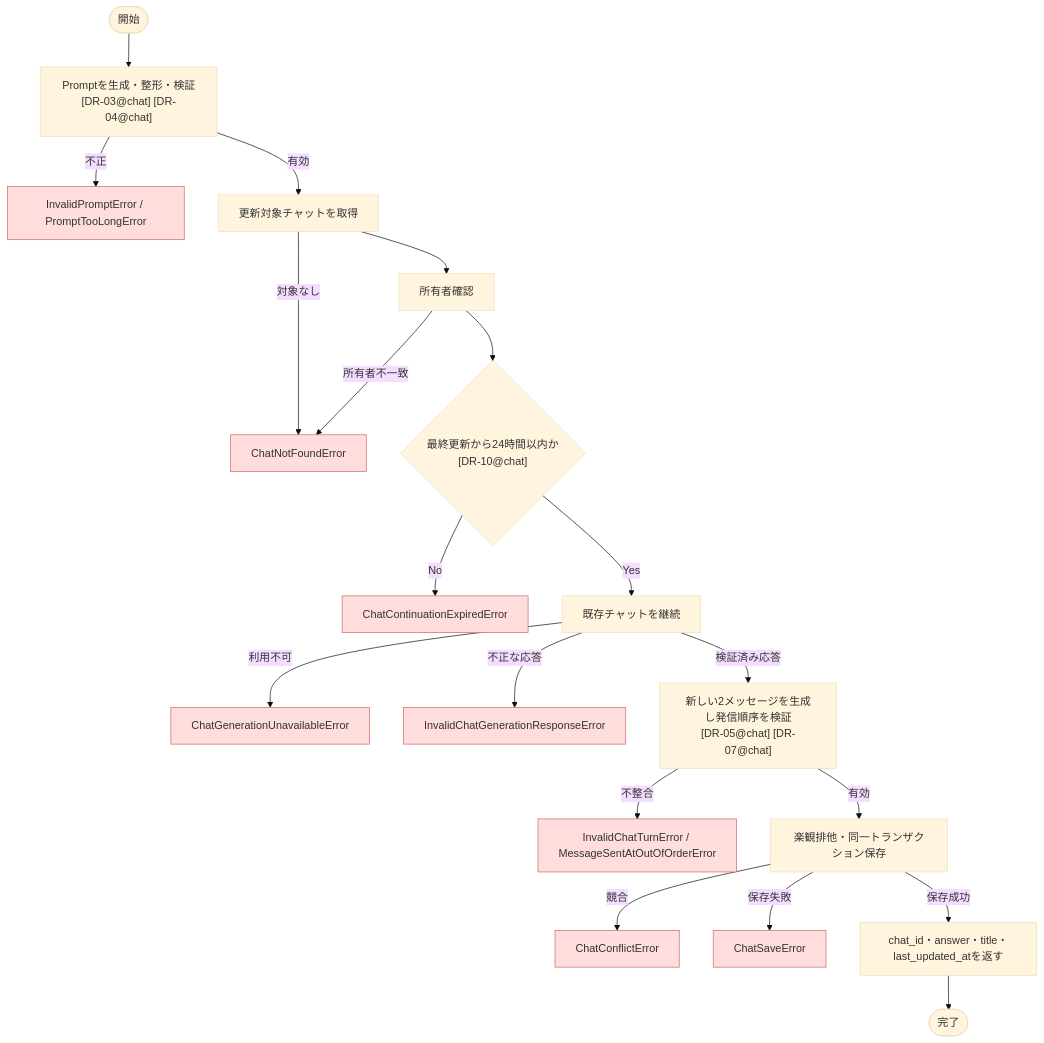
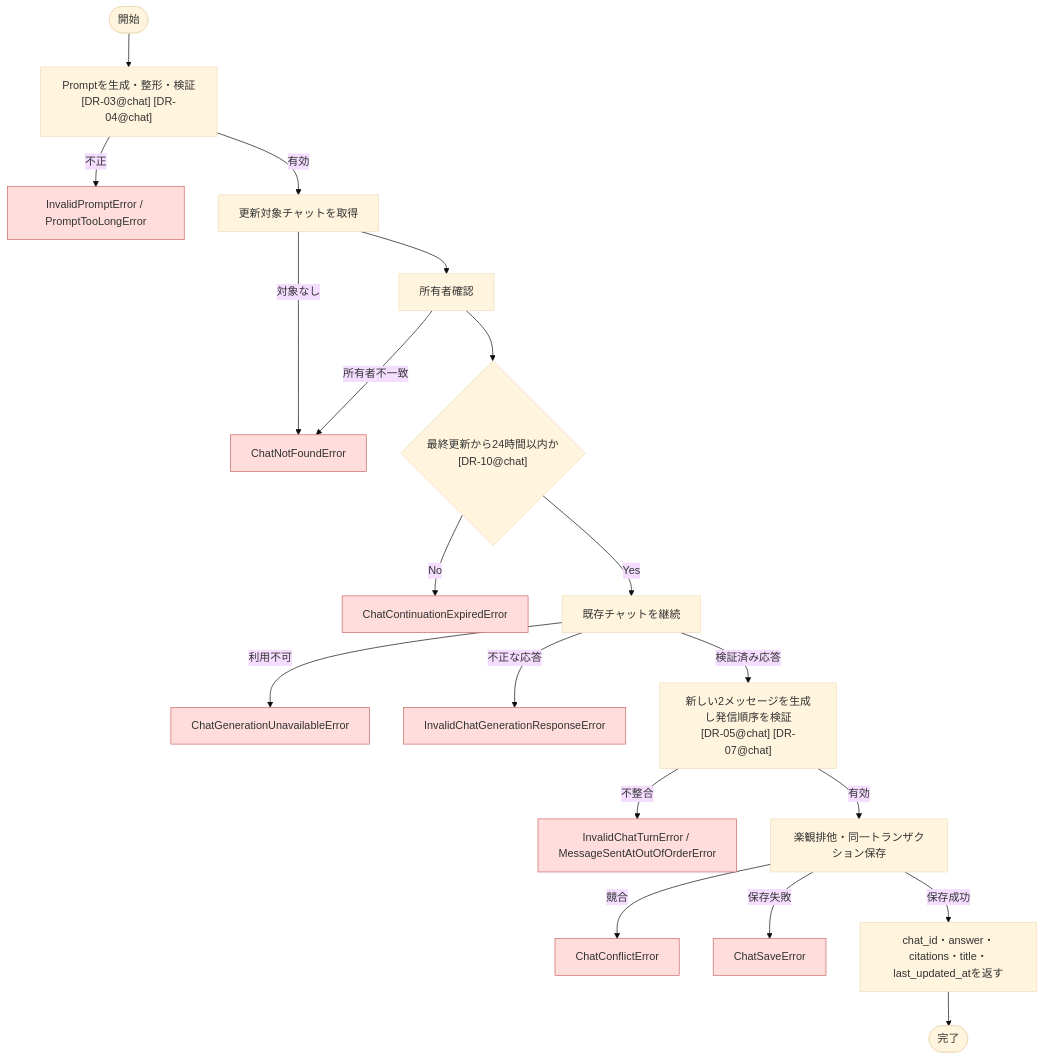
The diagram in docs/backend/specification/usecases/chat/continue_chat.md (ponta-kh/paperbuddy), drawn with Mermaid (base theme) before and after one commit. The commit also changed other lines of this file and 15 other files, not shown here.

````diff
--- a/docs/backend/specification/usecases/chat/continue_chat.md
+++ b/docs/backend/specification/usecases/chat/continue_chat.md
@@ -104,30 +107,30 @@
 ```mermaid
 flowchart TD
     A([開始]) --> B["Promptを生成・整形・検証\n[DR-03@chat] [DR-04@chat]"]
     B -->|不正| ERR1["InvalidPromptError / PromptTooLongError"]
     B -->|有効| C["更新対象チャットを取得"]
     C -->|対象なし| ERR2["ChatNotFoundError"]
     C --> OWNER["所有者確認"]
     OWNER -->|所有者不一致| ERR2
     OWNER --> D{"最終更新から24時間以内か\n[DR-10@chat]"}
     D -->|No| ERR3["ChatContinuationExpiredError"]
     D -->|Yes| E["既存チャットを継続"]
     E -->|利用不可| ERR4["ChatGenerationUnavailableError"]
     E -->|不正な応答| ERR5["InvalidChatGenerationResponseError"]
     E -->|検証済み応答| F["新しい2メッセージを生成し発信順序を検証\n[DR-05@chat] [DR-07@chat]"]
     F -->|不整合| ERR6["InvalidChatTurnError / MessageSentAtOutOfOrderError"]
     F -->|有効| G["楽観排他・同一トランザクション保存"]
     G -->|競合| ERR8["ChatConflictError"]
     G -->|保存失敗| ERR7["ChatSaveError"]
-    G -->|保存成功| H["chat_id・answer・title・last_updated_atを返す"]
+    G -->|保存成功| H["chat_id・answer・citations・title・last_updated_atを返す"]
     H --> I([完了])
 
     style ERR1 fill:#fdd,stroke:#c66
     style ERR2 fill:#fdd,stroke:#c66
     style ERR3 fill:#fdd,stroke:#c66
     style ERR4 fill:#fdd,stroke:#c66
     style ERR5 fill:#fdd,stroke:#c66
     style ERR6 fill:#fdd,stroke:#c66
     style ERR7 fill:#fdd,stroke:#c66
     style ERR8 fill:#fdd,stroke:#c66
 ```
````
